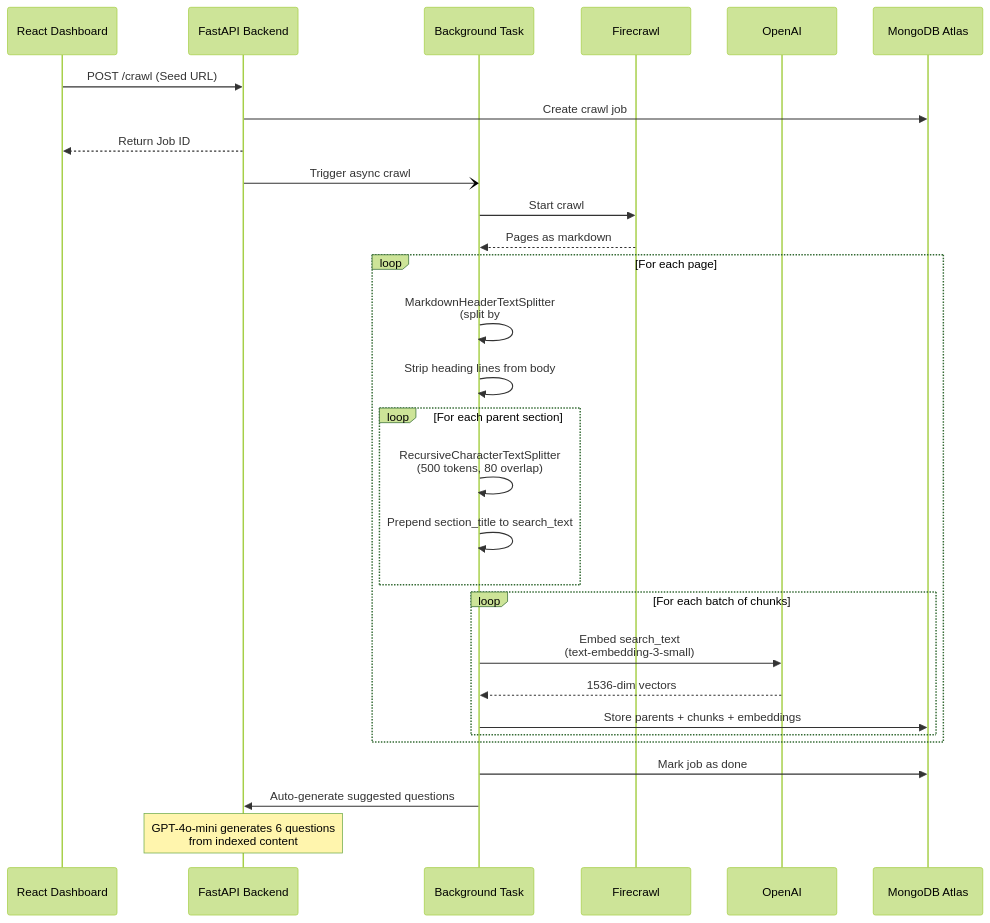
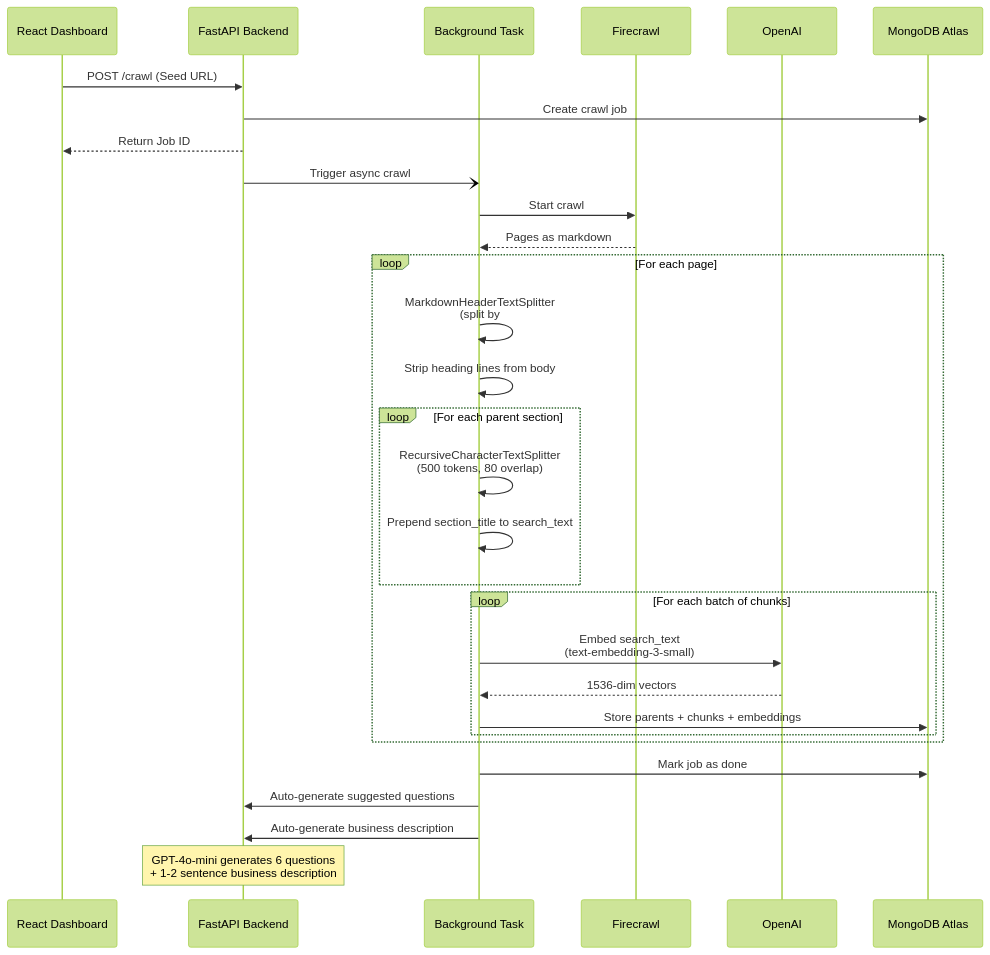
The third of 6 diagrams in README.md (Himanshu-Jha-rgb/AI_Chatbot_widget), drawn with Mermaid (forest theme) before and after one commit. The commit also changed other lines of this file and 5 other files, not shown here.

Commit message:
feat: implement business description auto-generation and query classification for improved knowledge gap detection.

````diff
--- a/README.md
+++ b/README.md
@@ -71,37 +80,38 @@
 ```mermaid
 sequenceDiagram
     participant Dashboard as React Dashboard
     participant API as FastAPI Backend
     participant Crawler as Background Task
     participant Firecrawl
     participant OpenAI
     participant DB as MongoDB Atlas
     
     Dashboard->>API: POST /crawl (Seed URL)
     API->>DB: Create crawl job
     API-->>Dashboard: Return Job ID
     API-)Crawler: Trigger async crawl
     
     Crawler->>Firecrawl: Start crawl
     Firecrawl-->>Crawler: Pages as markdown
     
     loop For each page
         Crawler->>Crawler: MarkdownHeaderTextSplitter<br/>(split by #/##/###/####)
         Crawler->>Crawler: Strip heading lines from body
         
         loop For each parent section
             Crawler->>Crawler: RecursiveCharacterTextSplitter<br/>(500 tokens, 80 overlap)
             Crawler->>Crawler: Prepend section_title to search_text
         end
         
         loop For each batch of chunks
             Crawler->>OpenAI: Embed search_text<br/>(text-embedding-3-small)
             OpenAI-->>Crawler: 1536-dim vectors
             Crawler->>DB: Store parents + chunks + embeddings
         end
     end
     
     Crawler->>DB: Mark job as done
     Crawler->>API: Auto-generate suggested questions
-    Note over API: GPT-4o-mini generates 6 questions<br/>from indexed content
+    Crawler->>API: Auto-generate business description
+    Note over API: GPT-4o-mini generates 6 questions<br/>+ 1-2 sentence business description
 ```
````
